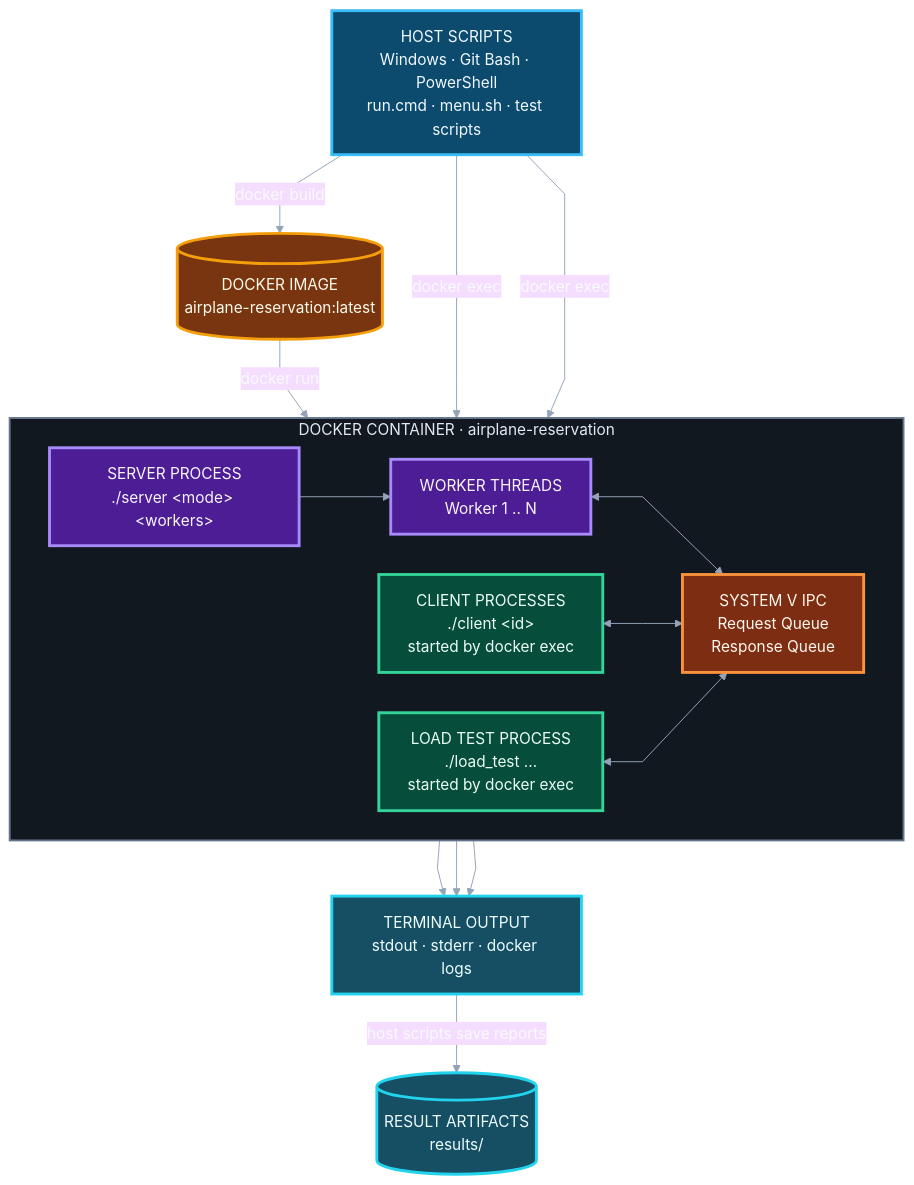
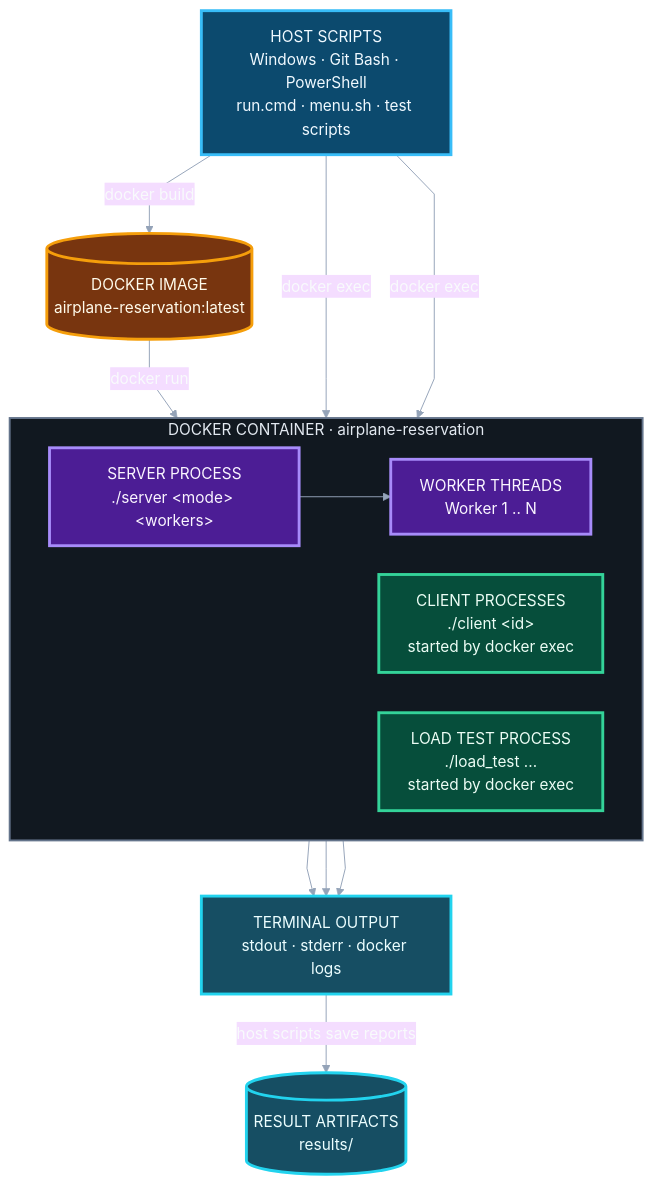
One commit to vixvify/airplane-booking changed the first of 4 diagrams in docs/docker-runtime-flow.md. Above: the diagram before and after it, drawn with Mermaid. The commit also changed other lines of this file and 17 other files, not shown here.

````diff
--- a/docs/docker-runtime-flow.md
+++ b/docs/docker-runtime-flow.md
@@ -9,43 +9,38 @@
 ```mermaid
 %%{init: {"theme": "base", "themeVariables": {"background": "#111827", "primaryTextColor": "#f8fafc", "lineColor": "#94a3b8"}, "flowchart": {"curve": "linear", "nodeSpacing": 42, "rankSpacing": 58}}}%%
 flowchart TB
     HOST["HOST SCRIPTS<br/>Windows · Git Bash · PowerShell<br/>run.cmd · menu.sh · test scripts"]
     IMAGE[("DOCKER IMAGE<br/>airplane-reservation:latest")]
 
     subgraph CONTAINER["DOCKER CONTAINER · airplane-reservation"]
         direction LR
         SERVER["SERVER PROCESS<br/>./server &lt;mode&gt; &lt;workers&gt;"]
         WORKERS["WORKER THREADS<br/>Worker 1 .. N"]
-        IPC["SYSTEM V IPC<br/>Request Queue<br/>Response Queue"]
         CLIENTS["CLIENT PROCESSES<br/>./client &lt;id&gt;<br/>started by docker exec"]
         LOAD["LOAD TEST PROCESS<br/>./load_test ...<br/>started by docker exec"]
 
         SERVER --> WORKERS
-        WORKERS <--> IPC
-        CLIENTS <--> IPC
-        LOAD <--> IPC
     end
 
     OUTPUT["TERMINAL OUTPUT<br/>stdout · stderr · docker logs"]
     RESULTS[("RESULT ARTIFACTS<br/>results/")]
 
     HOST -->|docker build| IMAGE
     IMAGE -->|docker run| SERVER
     HOST -->|docker exec| CLIENTS
     HOST -->|docker exec| LOAD
     SERVER --> OUTPUT
     CLIENTS --> OUTPUT
     LOAD --> OUTPUT
     OUTPUT -->|host scripts save reports| RESULTS
 
     style HOST fill:#0c4a6e,stroke:#38bdf8,color:#f0f9ff,stroke-width:3px;
     style IMAGE fill:#78350f,stroke:#f59e0b,color:#fffbeb,stroke-width:3px;
     style SERVER fill:#4c1d95,stroke:#a78bfa,color:#faf5ff,stroke-width:3px;
     style WORKERS fill:#4c1d95,stroke:#a78bfa,color:#faf5ff,stroke-width:3px;
     style CLIENTS fill:#064e3b,stroke:#34d399,color:#ecfdf5,stroke-width:3px;
     style LOAD fill:#064e3b,stroke:#34d399,color:#ecfdf5,stroke-width:3px;
-    style IPC fill:#7c2d12,stroke:#fb923c,color:#fff7ed,stroke-width:3px;
     style OUTPUT fill:#164e63,stroke:#22d3ee,color:#ecfeff,stroke-width:3px;
     style RESULTS fill:#164e63,stroke:#22d3ee,color:#ecfeff,stroke-width:3px;
     style CONTAINER fill:#111820,stroke:#64748b,color:#e2e8f0,stroke-width:2px;
 ```
````
